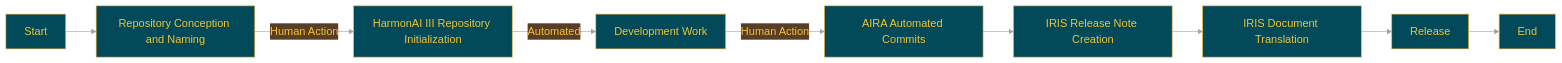
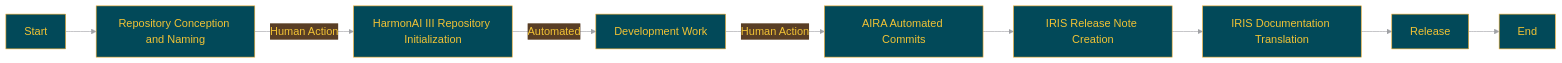
Before and after one commit to Sunwood-ai-labs/HarmonAI_III: the diagram in docs/README.en.md, drawn with Mermaid. The commit also changed other lines of this file, not shown here.

````diff
--- a/docs/README.en.md
+++ b/docs/README.en.md
@@ -121,20 +121,20 @@
 ```mermaid
 %%{init:{'theme':'base','themeVariables':{'primaryColor':'#024959','primaryTextColor':'#F2C335','primaryBorderColor':'#F2AE30','lineColor':'#A1A2A6','secondaryColor':'#593E25','tertiaryColor':'#F2C335','noteTextColor':'#024959','noteBkgColor':'#F2C335','textColor':'#024959','fontSize':'18px'}}}%%
 
 graph LR
     A[Start] --> B[Repository Conception and Naming]
     B -->|Human Action| C[HarmonAI III Repository Initialization]
     C -->|Automated| D[Development Work]
     D -->|Human Action| E[AIRA Automated Commits]
     E --> H[IRIS Release Note Creation]
-    H --> I[IRIS Document Translation]
+    H --> I[IRIS Documentation Translation]
     I --> J[Release]
     J --> K[End]
 
     class B,D,G human;
     class E aira;
     class F,H,I iris;
     class C auto;
     class A,J,K process;
 
 ```
````
